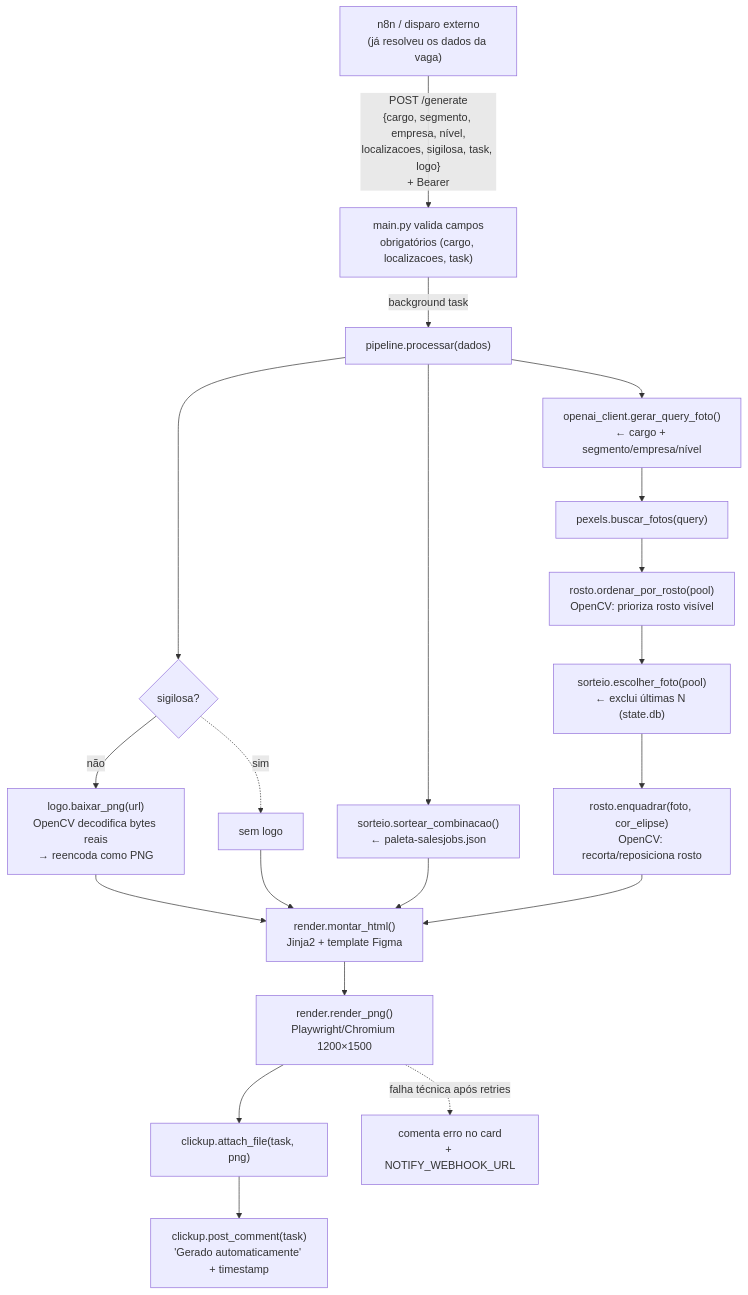
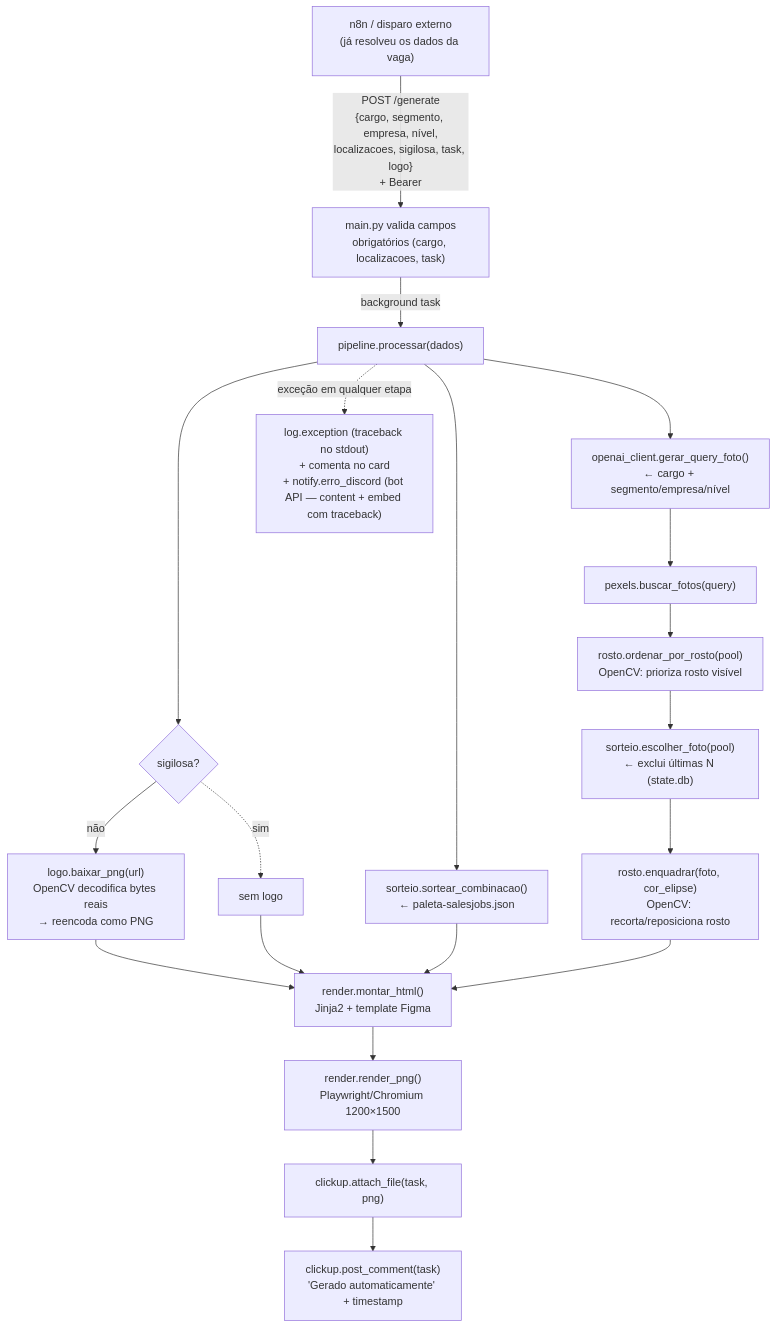
One commit to Teagamatos/criativos-v1 changed the diagram in README.md. Above: the diagram before and after it, drawn with Mermaid. The commit also changed other lines of this file and 10 other files, not shown here.

First line of the commit message:
Notifica falhas no Discord + logs por etapa

````diff
--- a/README.md
+++ b/README.md
@@ -39,27 +40,27 @@
 ```mermaid
 flowchart TD
     A["n8n / disparo externo\n(já resolveu os dados da vaga)"] -->|"POST /generate\n{cargo, segmento, empresa, nível,\nlocalizacoes, sigilosa, task, logo}\n+ Bearer"| V["main.py valida campos\nobrigatórios (cargo, localizacoes, task)"]
     V -->|"background task"| P["pipeline.processar(dados)"]
 
     P --> SIG{"sigilosa?"}
     SIG -->|"não"| LOGO["logo.baixar_png(url)\nOpenCV decodifica bytes reais\n→ reencoda como PNG"]
     SIG -.->|"sim"| SEMLOGO["sem logo"]
 
     P --> SORT["sorteio.sortear_combinacao()\n← paleta-salesjobs.json"]
     P --> GPT["openai_client.gerar_query_foto()\n← cargo + segmento/empresa/nível"]
     GPT --> PX["pexels.buscar_fotos(query)"]
     PX --> ROSTO1["rosto.ordenar_por_rosto(pool)\nOpenCV: prioriza rosto visível"]
     ROSTO1 --> ESC["sorteio.escolher_foto(pool)\n← exclui últimas N (state.db)"]
     ESC --> ROSTO2["rosto.enquadrar(foto, cor_elipse)\nOpenCV: recorta/reposiciona rosto"]
 
     LOGO --> R["render.montar_html()\nJinja2 + template Figma"]
     SEMLOGO --> R
     SORT --> R
     ROSTO2 --> R
     R --> PNG["render.render_png()\nPlaywright/Chromium 1200×1500"]
 
     PNG --> AT["clickup.attach_file(task, png)"]
     AT --> CM["clickup.post_comment(task)\n'Gerado automaticamente' + timestamp"]
 
-    PNG -.->|"falha técnica após retries"| ERR["comenta erro no card\n+ NOTIFY_WEBHOOK_URL"]
+    P -.->|"exceção em qualquer etapa"| ERR["log.exception (traceback no stdout)\n+ comenta no card\n+ notify.erro_discord (bot API — content + embed com traceback)"]
 ```
````
